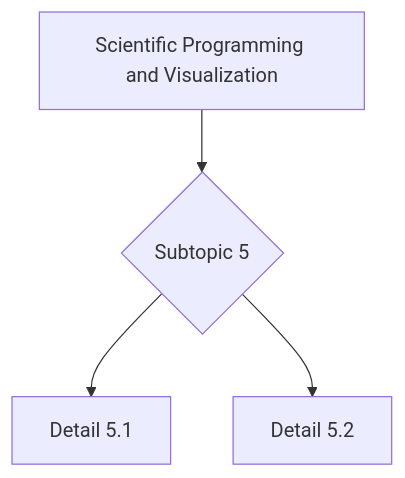
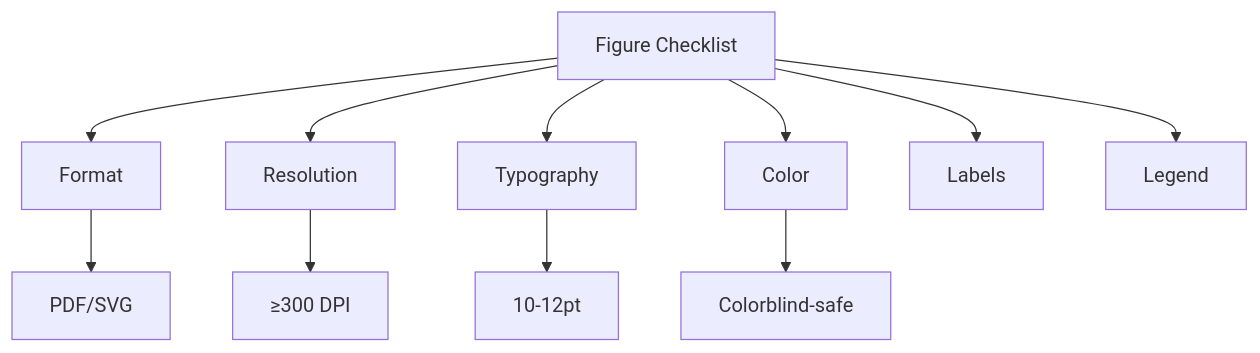
Before and after one commit to yip-lgtm/PhysicsSelfStudy: the fifth of 5 diagrams in 02_MSc_DataDriven_Modeling/core_courses/MSDM_5002/README.md, drawn with Mermaid. The commit also changed other lines of this file and 21 other files, not shown here.

````diff
--- a/02_MSc_DataDriven_Modeling/core_courses/MSDM_5002/README.md
+++ b/02_MSc_DataDriven_Modeling/core_courses/MSDM_5002/README.md
@@ -291,6 +386,13 @@
 ```mermaid
 graph TD
-    A[Scientific Programming and Visualization] --> B{Subtopic 5}
-    B --> C[Detail 5.1]
-    B --> D[Detail 5.2]
+    A[Figure Checklist] --> B[Format]
+    A --> C[Resolution]
+    A --> D[Typography]
+    A --> E[Color]
+    A --> F[Labels]
+    A --> G[Legend]
+    B --> H[PDF/SVG]
+    C --> I[≥300 DPI]
+    D --> J[10-12pt]
+    E --> K[Colorblind-safe]
 ```
````
